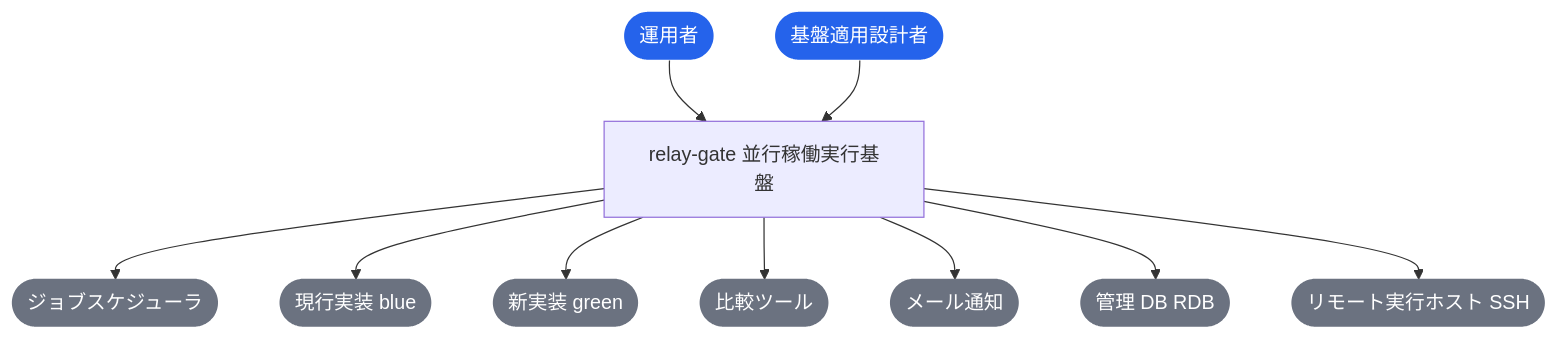
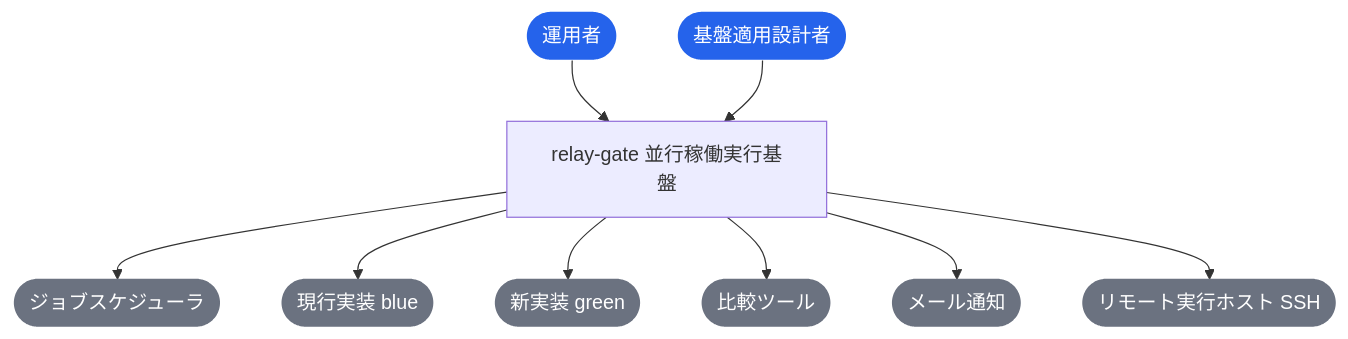
One commit to suwa-sh/relay-gate changed the first of 7 diagrams in docs/README.md. Above: the diagram before and after it, drawn with Mermaid. The commit also changed other lines of this file and 849 other files, not shown here.

````diff
--- a/docs/README.md
+++ b/docs/README.md
@@ -68,15 +68,14 @@
 ```mermaid
 graph TB
   SYS["relay-gate 並行稼働実行基盤"]
   運用者(["運用者"]):::actor --> SYS
   基盤適用設計者(["基盤適用設計者"]):::actor --> SYS
   SYS --> ジョブスケジューラ(["ジョブスケジューラ"]):::external
   SYS --> 現行実装_blue_(["現行実装 blue "]):::external
   SYS --> 新実装_green_(["新実装 green "]):::external
   SYS --> 比較ツール(["比較ツール"]):::external
   SYS --> メール通知(["メール通知"]):::external
-  SYS --> 管理_DB_RDB_(["管理 DB RDB "]):::external
   SYS --> リモート実行ホスト_SSH_(["リモート実行ホスト SSH "]):::external
   classDef actor fill:#2563EB,color:#fff,stroke:none
   classDef external fill:#6B7280,color:#fff,stroke:none
 ```
````
